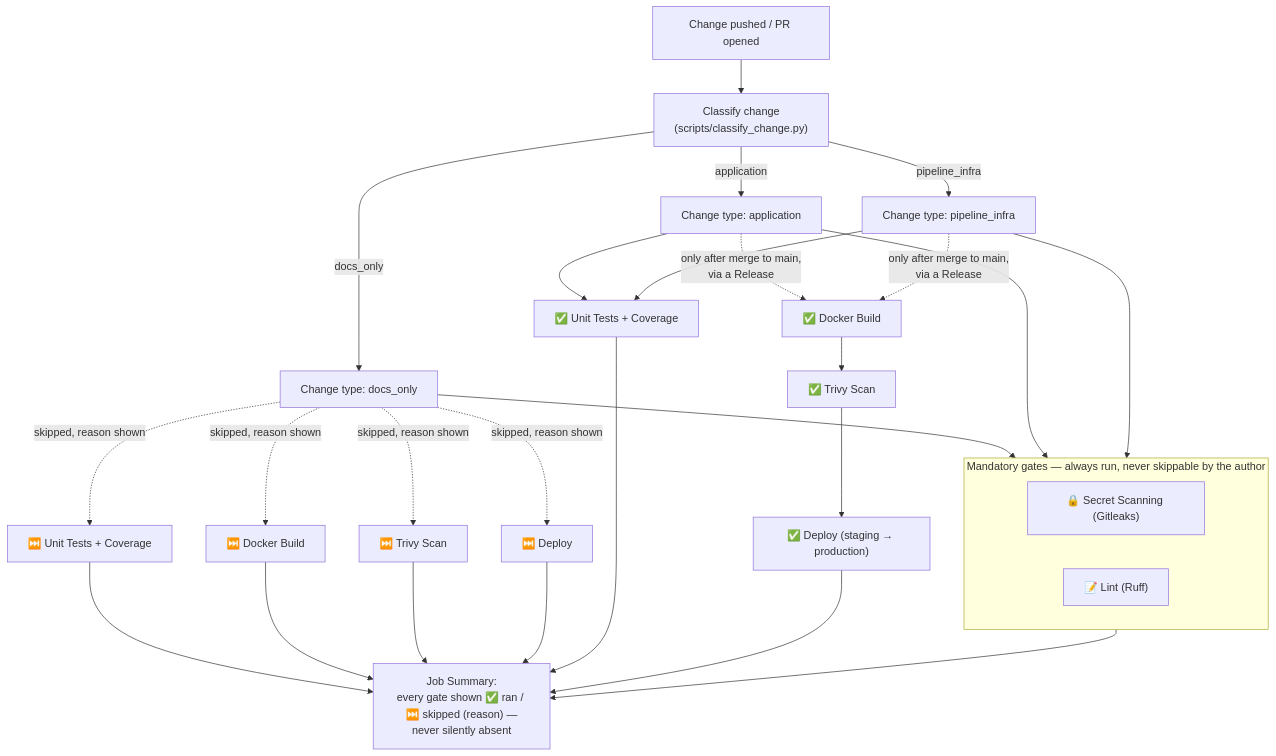
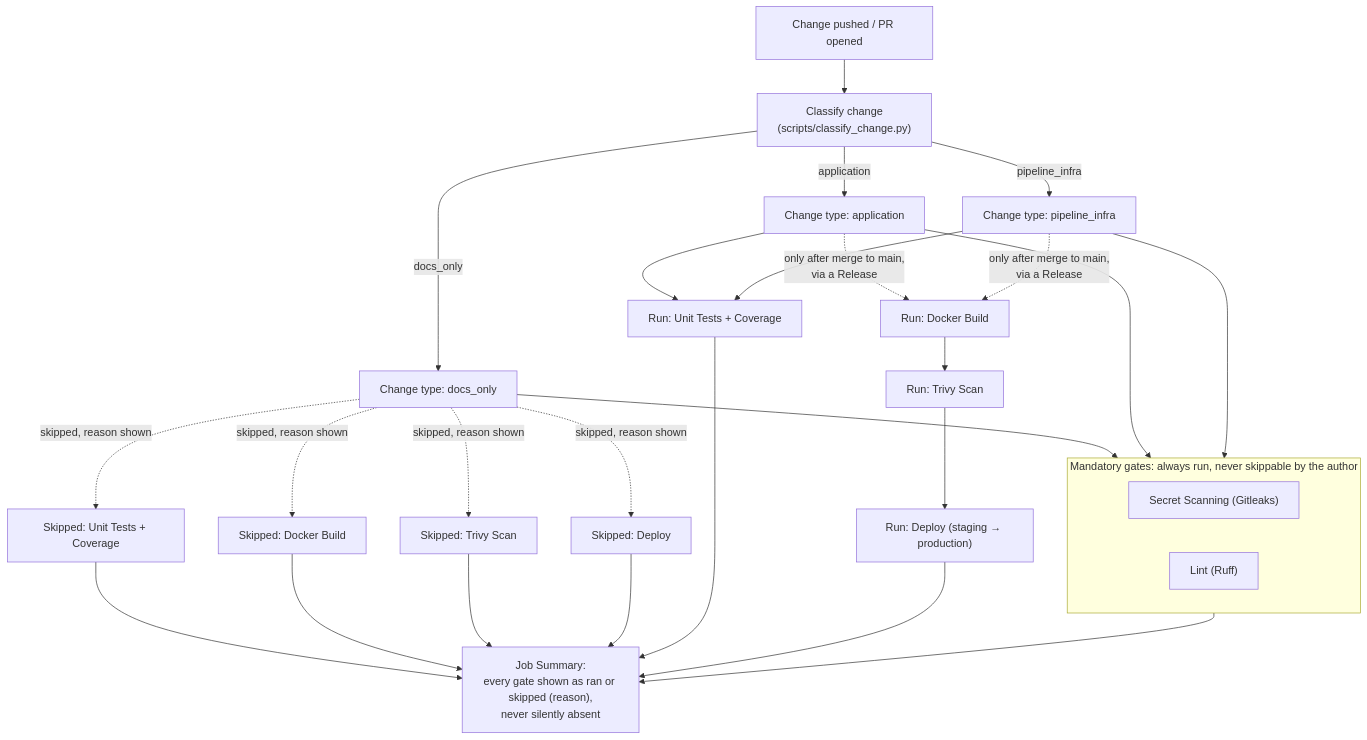
Before and after one commit to eazysec/cicd-devsecops-demo: the second of 2 diagrams in README.md, drawn with Mermaid. The commit also changed other lines of this file and 3 other files, not shown here.

````diff
--- a/README.md
+++ b/README.md
@@ -196,37 +195,37 @@
 ```mermaid
 flowchart TD
     Change["Change pushed / PR opened"] --> Classify["Classify change\n(scripts/classify_change.py)"]
     Classify -->|docs_only| DocsPath["Change type: docs_only"]
     Classify -->|application| AppPath["Change type: application"]
     Classify -->|pipeline_infra| InfraPath["Change type: pipeline_infra"]
 
-    subgraph Mandatory["Mandatory gates — always run, never skippable by the author"]
-        SecretScan["🔒 Secret Scanning (Gitleaks)"]
-        Lint["📝 Lint (Ruff)"]
+    subgraph Mandatory["Mandatory gates: always run, never skippable by the author"]
+        SecretScan["Secret Scanning (Gitleaks)"]
+        Lint["Lint (Ruff)"]
     end
 
     DocsPath --> Mandatory
     AppPath --> Mandatory
     InfraPath --> Mandatory
 
-    DocsPath -.->|skipped, reason shown| SkipTests["⏭️ Unit Tests + Coverage"]
-    DocsPath -.->|skipped, reason shown| SkipBuild["⏭️ Docker Build"]
-    DocsPath -.->|skipped, reason shown| SkipScan["⏭️ Trivy Scan"]
-    DocsPath -.->|skipped, reason shown| SkipDeploy["⏭️ Deploy"]
+    DocsPath -.->|skipped, reason shown| SkipTests["Skipped: Unit Tests + Coverage"]
+    DocsPath -.->|skipped, reason shown| SkipBuild["Skipped: Docker Build"]
+    DocsPath -.->|skipped, reason shown| SkipScan["Skipped: Trivy Scan"]
+    DocsPath -.->|skipped, reason shown| SkipDeploy["Skipped: Deploy"]
 
-    AppPath --> RunTests["✅ Unit Tests + Coverage"]
-    AppPath -.->|only after merge to main,\nvia a Release| RunBuild["✅ Docker Build"]
+    AppPath --> RunTests["Run: Unit Tests + Coverage"]
+    AppPath -.->|only after merge to main,\nvia a Release| RunBuild["Run: Docker Build"]
     InfraPath --> RunTests
     InfraPath -.->|only after merge to main,\nvia a Release| RunBuild
 
-    RunBuild --> RunScan["✅ Trivy Scan"]
-    RunScan --> RunDeploy["✅ Deploy (staging → production)"]
+    RunBuild --> RunScan["Run: Trivy Scan"]
+    RunScan --> RunDeploy["Run: Deploy (staging → production)"]
 
-    Mandatory --> Summary["Job Summary:\nevery gate shown ✅ ran / ⏭️ skipped (reason) —\nnever silently absent"]
+    Mandatory --> Summary["Job Summary:\nevery gate shown as ran or skipped (reason),\nnever silently absent"]
     SkipTests --> Summary
     SkipBuild --> Summary
     SkipScan --> Summary
     SkipDeploy --> Summary
     RunTests --> Summary
     RunDeploy --> Summary
 ```
````
